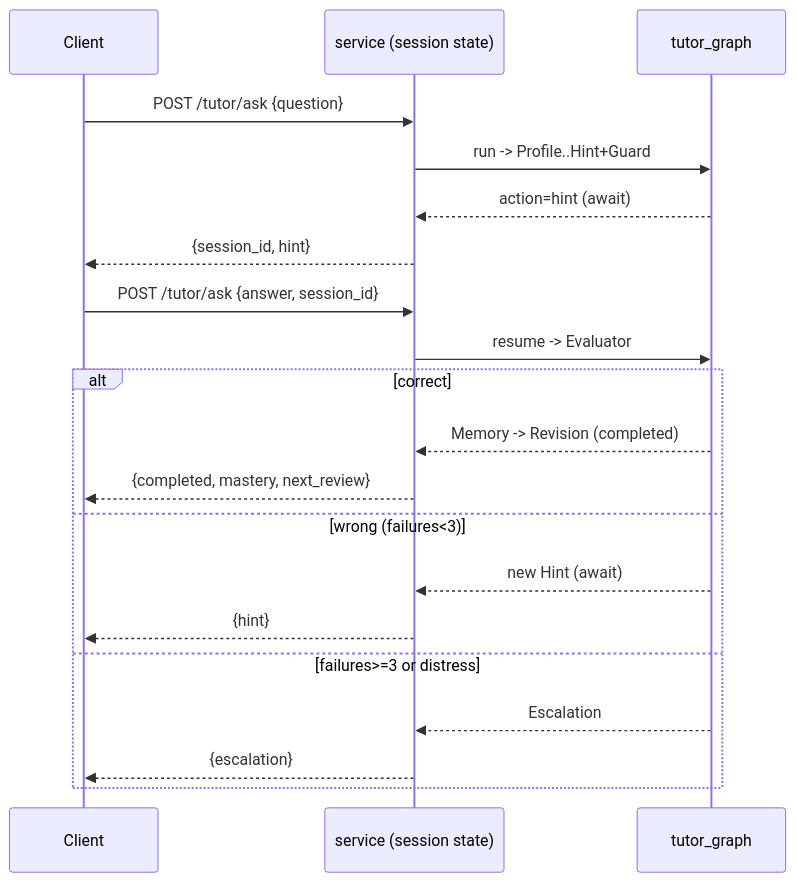
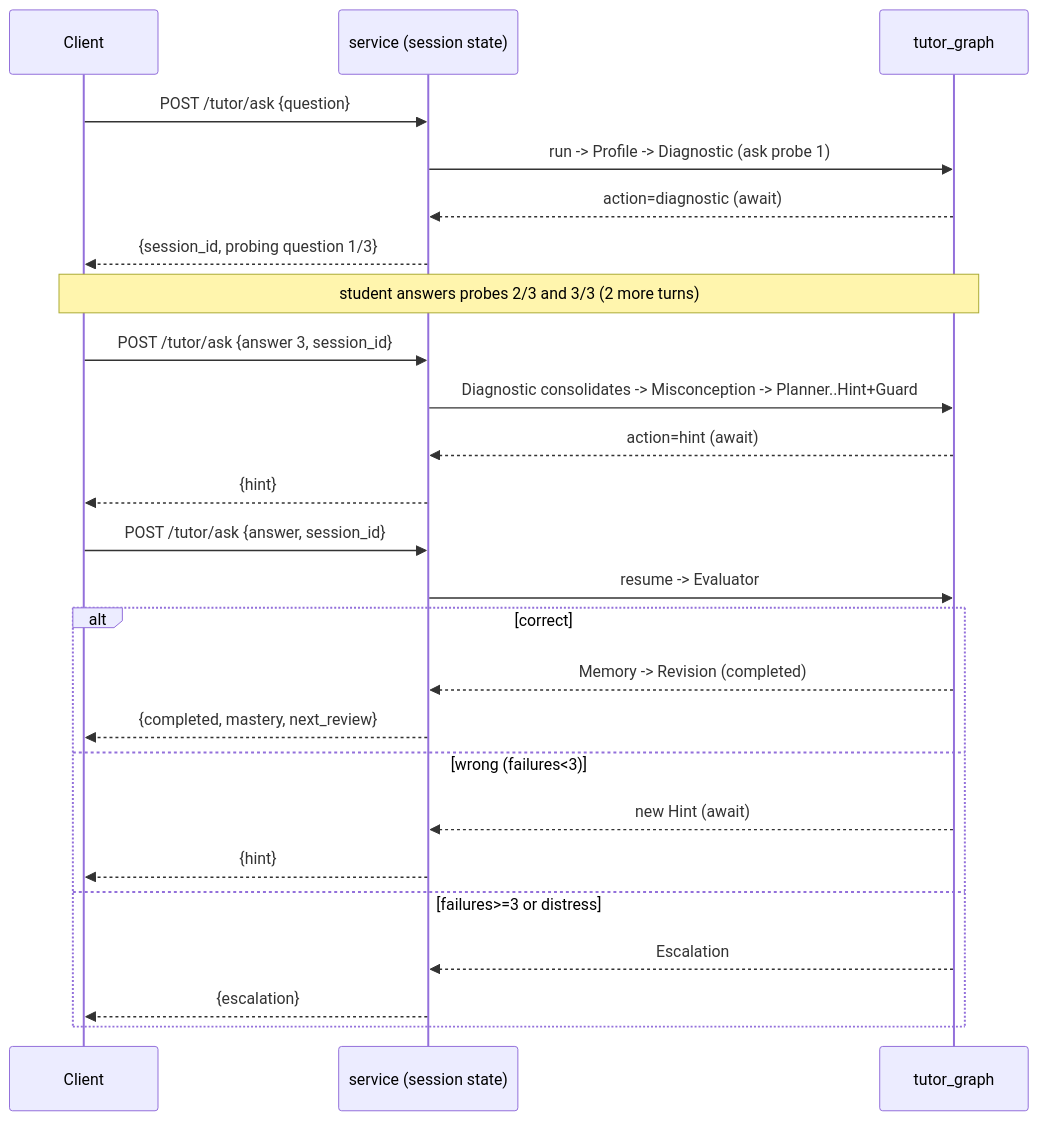
Before and after one commit to syamdumpala/Adapative_ai_tutor: the fourth of 4 diagrams in backend/architecture/DIAGRAM.md, drawn with Mermaid. The commit also changed other lines of this file and 8 other files, not shown here.

````diff
--- a/backend/architecture/DIAGRAM.md
+++ b/backend/architecture/DIAGRAM.md
@@ -95,22 +100,27 @@
 ```mermaid
 sequenceDiagram
     participant C as Client
     participant S as service (session state)
     participant G as tutor_graph
     C->>S: POST /tutor/ask {question}
-    S->>G: run -> Profile..Hint+Guard
+    S->>G: run -> Profile -> Diagnostic (ask probe 1)
+    G-->>S: action=diagnostic (await)
+    S-->>C: {session_id, probing question 1/3}
+    Note over C,G: student answers probes 2/3 and 3/3 (2 more turns)
+    C->>S: POST /tutor/ask {answer 3, session_id}
+    S->>G: Diagnostic consolidates -> Misconception -> Planner..Hint+Guard
     G-->>S: action=hint (await)
-    S-->>C: {session_id, hint}
+    S-->>C: {hint}
     C->>S: POST /tutor/ask {answer, session_id}
     S->>G: resume -> Evaluator
     alt correct
         G-->>S: Memory -> Revision (completed)
         S-->>C: {completed, mastery, next_review}
     else wrong (failures<3)
         G-->>S: new Hint (await)
         S-->>C: {hint}
     else failures>=3 or distress
         G-->>S: Escalation
         S-->>C: {escalation}
     end
 ```
````
